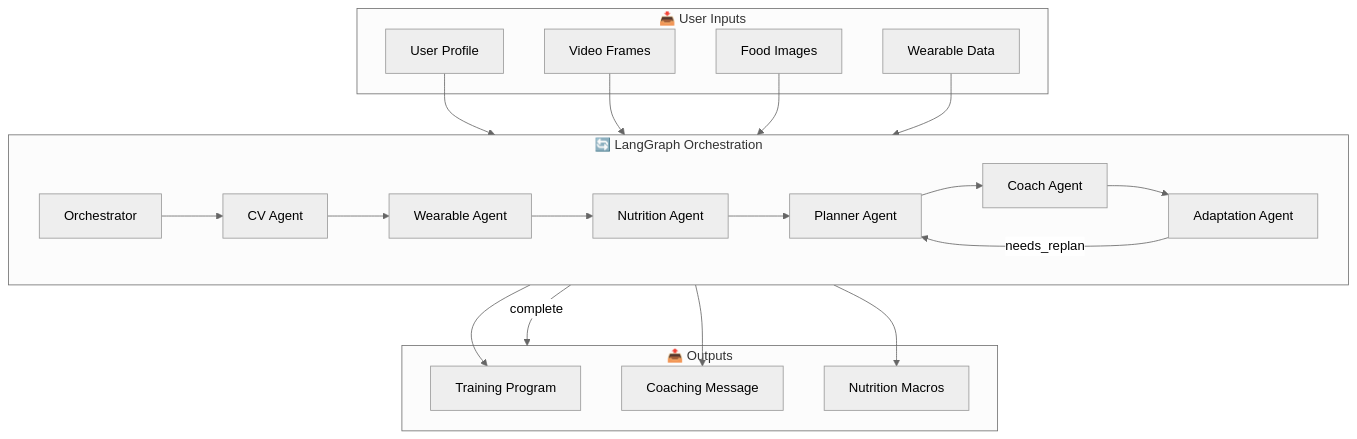
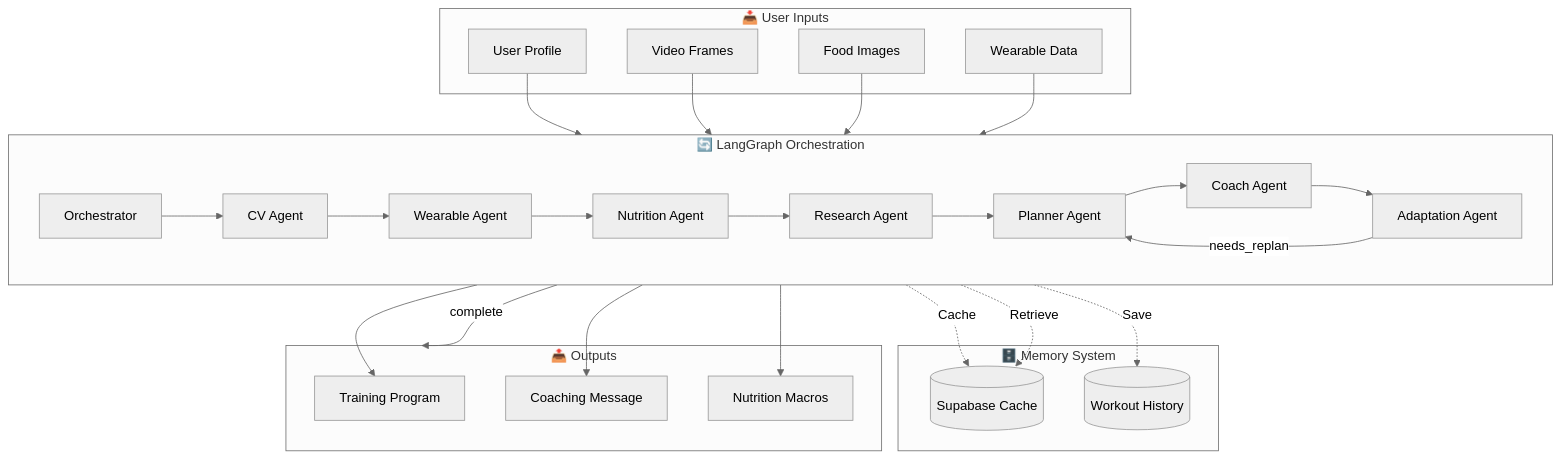
The first of 3 diagrams in README.md (pankajshakya627/AthletixAI), drawn with Mermaid (neutral theme) before and after one commit. The commit also changed other lines of this file and 1 other file, not shown here.

First line of the commit message:
docs: Complete documentation update for Research Agent and Memory System

````diff
--- a/README.md
+++ b/README.md
@@ -44,39 +47,48 @@
 ```mermaid
 flowchart TB
     subgraph Input["📥 User Inputs"]
         UP[User Profile]
         VF[Video Frames]
         FI[Food Images]
         WD[Wearable Data]
     end
 
     subgraph Orchestration["🔄 LangGraph Orchestration"]
         direction LR
         ORC[Orchestrator]
         CV[CV Agent]
         WA[Wearable Agent]
         NA[Nutrition Agent]
+        RA[Research Agent]
         PA[Planner Agent]
         CA[Coach Agent]
         AA[Adaptation Agent]
+    end
+
+    subgraph Memory["🗄️ Memory System"]
+        CACHE[(Supabase Cache)]
+        HIST[(Workout History)]
     end
 
     subgraph Output["📤 Outputs"]
         TP[Training Program]
         CM[Coaching Message]
         NM[Nutrition Macros]
     end
 
     UP --> ORC
     VF --> CV
     FI --> NA
     WD --> WA
 
-    ORC --> CV --> WA --> NA --> PA --> CA --> AA
+    ORC --> CV --> WA --> NA --> RA --> PA --> CA --> AA
+    RA -.->|Cache| CACHE
+    RA -.->|Retrieve| CACHE
+    PA -.->|Save| HIST
     AA -->|needs_replan| PA
     AA -->|complete| Output
 
     PA --> TP
     CA --> CM
     NA --> NM
 ```
````
